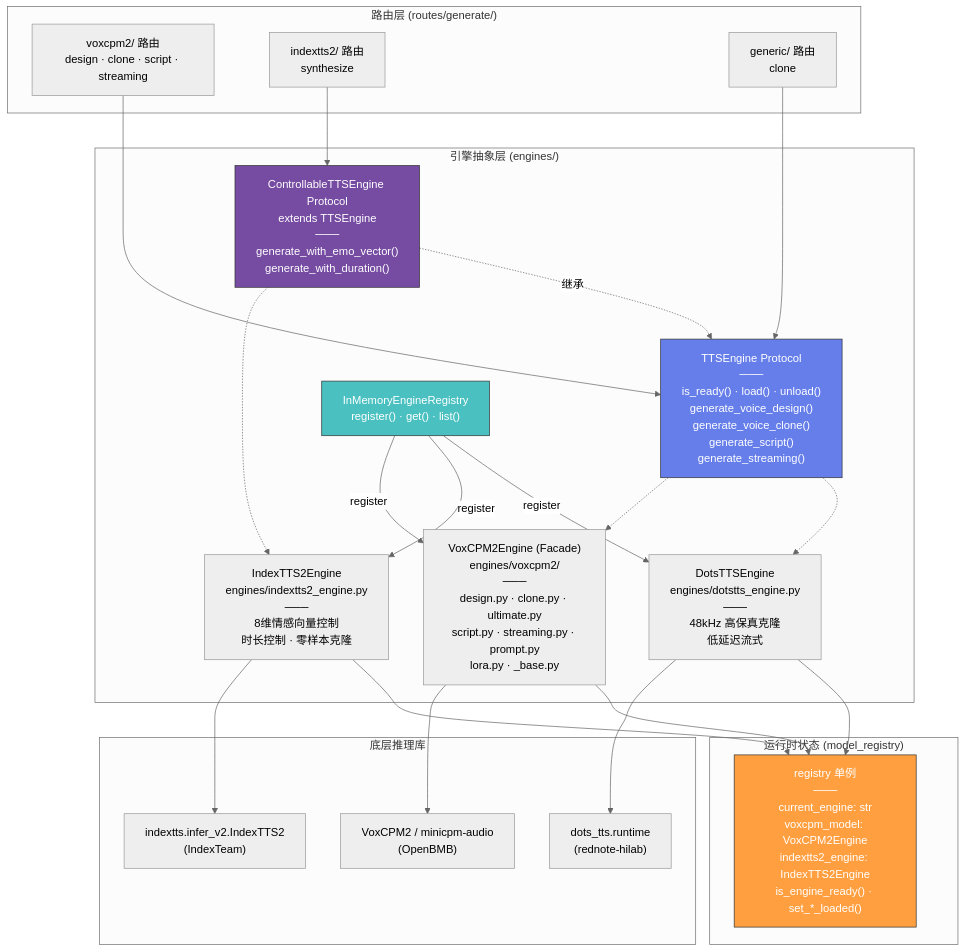
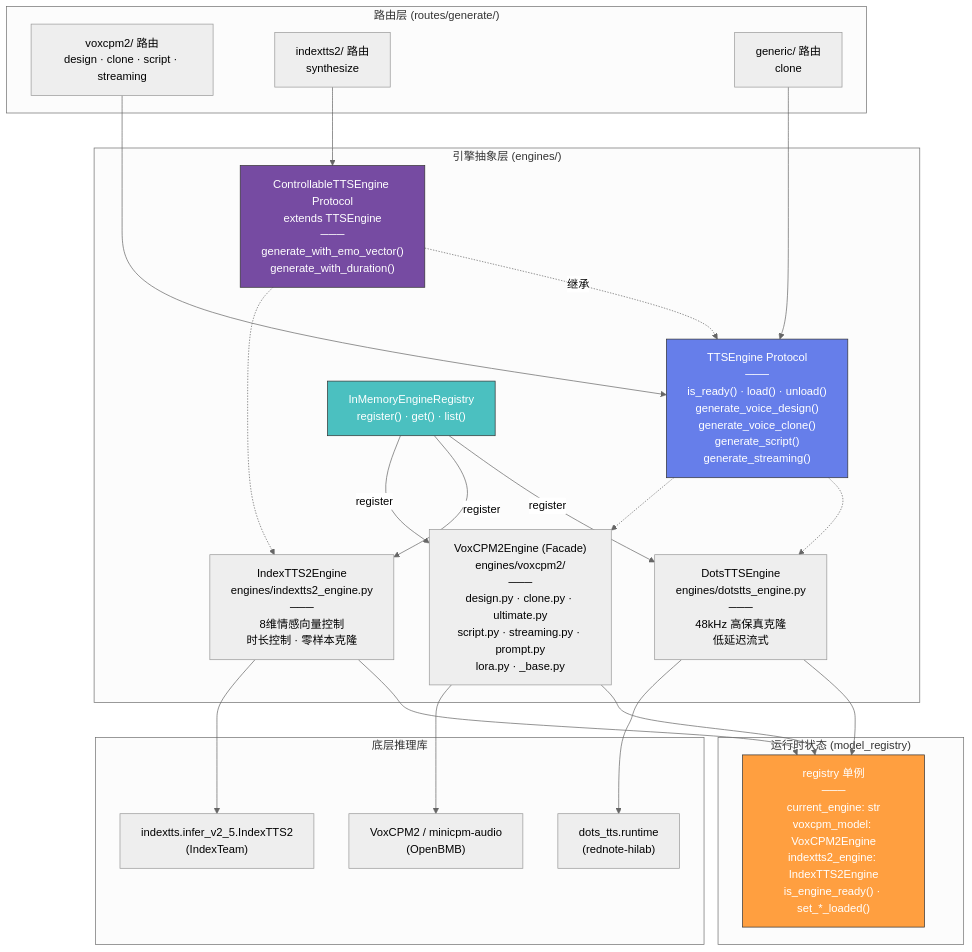
The first of 3 diagrams in docs/ARCHITECTURE.md (ReSerendipity/TTS_MultiModel), drawn with Mermaid (neutral theme) before and after one commit. The commit also changed other lines of this file and 92 other files, not shown here.

First line of the commit message:
feat: 累计提交历史任务成果 - IndexTTS2 引擎完善/多语言/文档/学习报告

````diff
--- a/docs/ARCHITECTURE.md
+++ b/docs/ARCHITECTURE.md
@@ -41,56 +41,56 @@
 ```mermaid
 graph TB
     subgraph "路由层 (routes/generate/)"
         R_VOX["voxcpm2/ 路由<br/>design · clone · script · streaming"]
         R_IDX["indextts2/ 路由<br/>synthesize"]
         R_DOTS["generic/ 路由<br/>clone"]
     end
 
     subgraph "引擎抽象层 (engines/)"
         PROTOCOL["TTSEngine Protocol<br/>───<br/>is_ready() · load() · unload()<br/>generate_voice_design()<br/>generate_voice_clone()<br/>generate_script()<br/>generate_streaming()"]
 
         CTRL["ControllableTTSEngine Protocol<br/>extends TTSEngine<br/>───<br/>generate_with_emo_vector()<br/>generate_with_duration()"]
 
         REG["InMemoryEngineRegistry<br/>register() · get() · list()"]
 
         VOX["VoxCPM2Engine (Facade)<br/>engines/voxcpm2/<br/>───<br/>design.py · clone.py · ultimate.py<br/>script.py · streaming.py · prompt.py<br/>lora.py · _base.py"]
         IDX["IndexTTS2Engine<br/>engines/indextts2_engine.py<br/>───<br/>8维情感向量控制<br/>时长控制 · 零样本克隆"]
         DOTS["DotsTTSEngine<br/>engines/dotstts_engine.py<br/>───<br/>48kHz 高保真克隆<br/>低延迟流式"]
     end
 
     subgraph "运行时状态 (model_registry)"
         MREG["registry 单例<br/>───<br/>current_engine: str<br/>voxcpm_model: VoxCPM2Engine<br/>indextts2_engine: IndexTTS2Engine<br/>is_engine_ready() · set_*_loaded()"]
     end
 
     subgraph "底层推理库"
         LIB_VOX["VoxCPM2 / minicpm-audio<br/>(OpenBMB)"]
-        LIB_IDX["indextts.infer_v2.IndexTTS2<br/>(IndexTeam)"]
+        LIB_IDX["indextts.infer_v2_5.IndexTTS2<br/>(IndexTeam)"]
         LIB_DOTS["dots_tts.runtime<br/>(rednote-hilab)"]
     end
 
     R_VOX --> PROTOCOL
     R_IDX --> CTRL
     R_DOTS --> PROTOCOL
 
     PROTOCOL -.-> VOX
     PROTOCOL -.-> DOTS
     CTRL -.-> IDX
     CTRL -.->|继承| PROTOCOL
 
     REG -->|register| VOX
     REG -->|register| IDX
     REG -->|register| DOTS
 
     VOX --> LIB_VOX
     IDX --> LIB_IDX
     DOTS --> LIB_DOTS
 
     VOX --> MREG
     IDX --> MREG
     DOTS --> MREG
 
     style PROTOCOL fill:#667eea,color:#fff,stroke:#333
     style CTRL fill:#764ba2,color:#fff,stroke:#333
     style REG fill:#4bc0c0,color:#fff,stroke:#333
     style MREG fill:#ff9f40,color:#fff,stroke:#333
 ```
````
